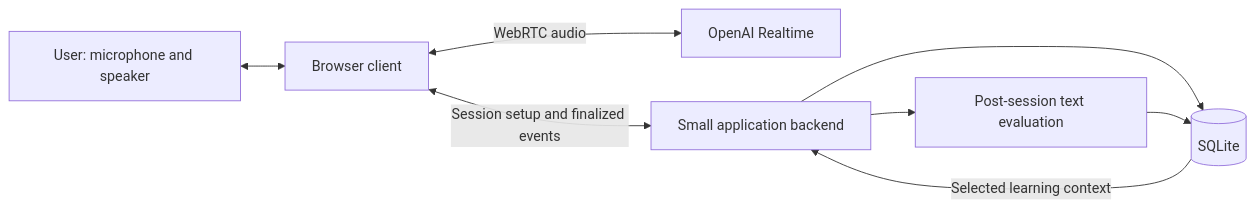
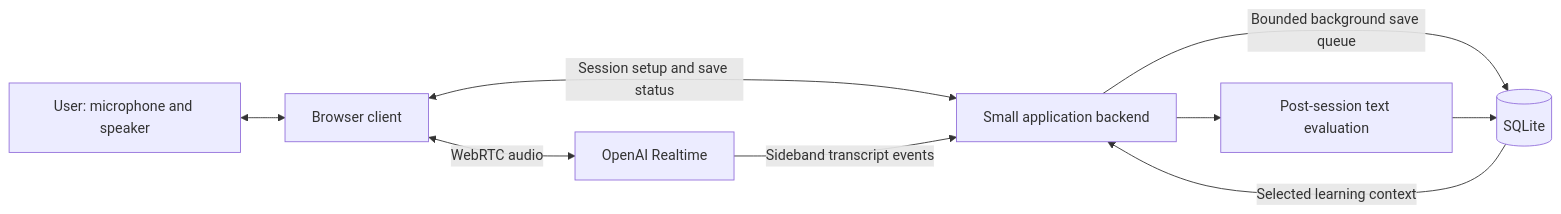
The diagram in docs/DESIGN.md (92fueler/voxa), drawn with Mermaid before and after one commit. The commit also changed other lines of this file and 72 other files, not shown here.

````diff
--- a/docs/DESIGN.md
+++ b/docs/DESIGN.md
@@ -50,10 +50,11 @@
 ```mermaid
 flowchart LR
     User[User: microphone and speaker] <--> Client[Browser client]
     Client <-->|WebRTC audio| Realtime[OpenAI Realtime]
-    Client <-->|Session setup and finalized events| Backend[Small application backend]
-    Backend --> Store[(SQLite)]
+    Client <-->|Session setup and save status| Backend[Small application backend]
+    Realtime -->|Sideband transcript events| Backend
+    Backend -->|Bounded background save queue| Store[(SQLite)]
     Backend --> Review[Post-session text evaluation]
     Review --> Store
     Store -->|Selected learning context| Backend
 ```
````
